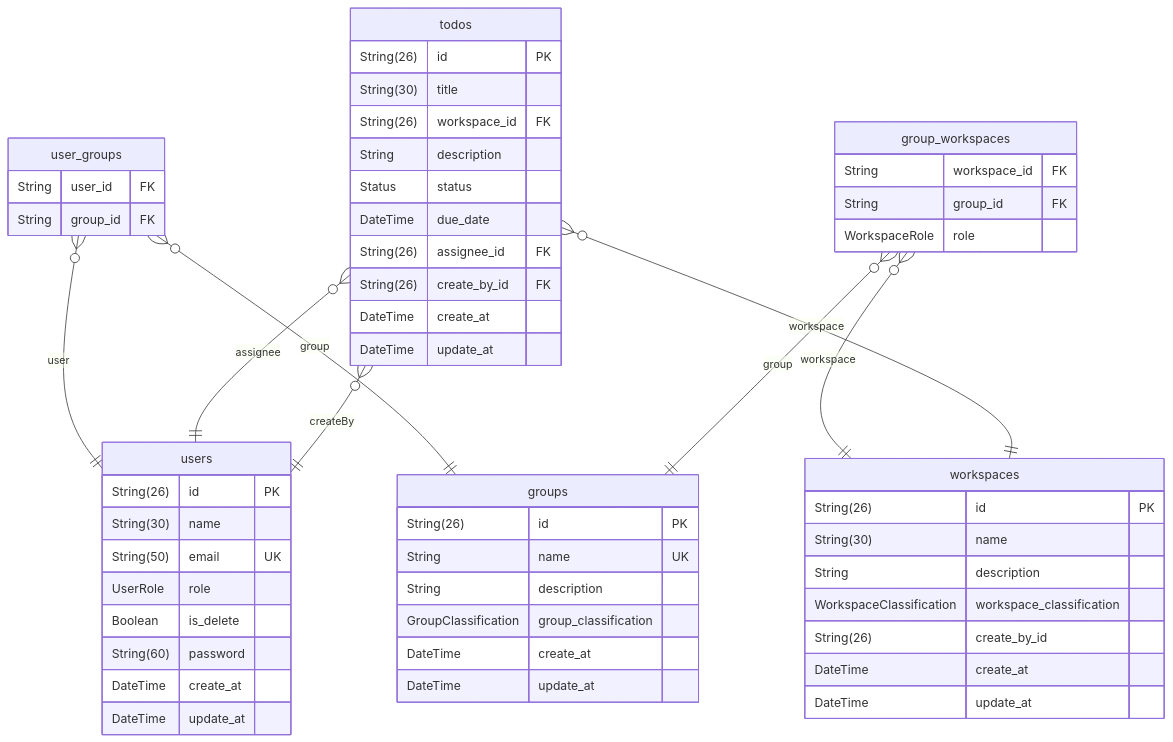
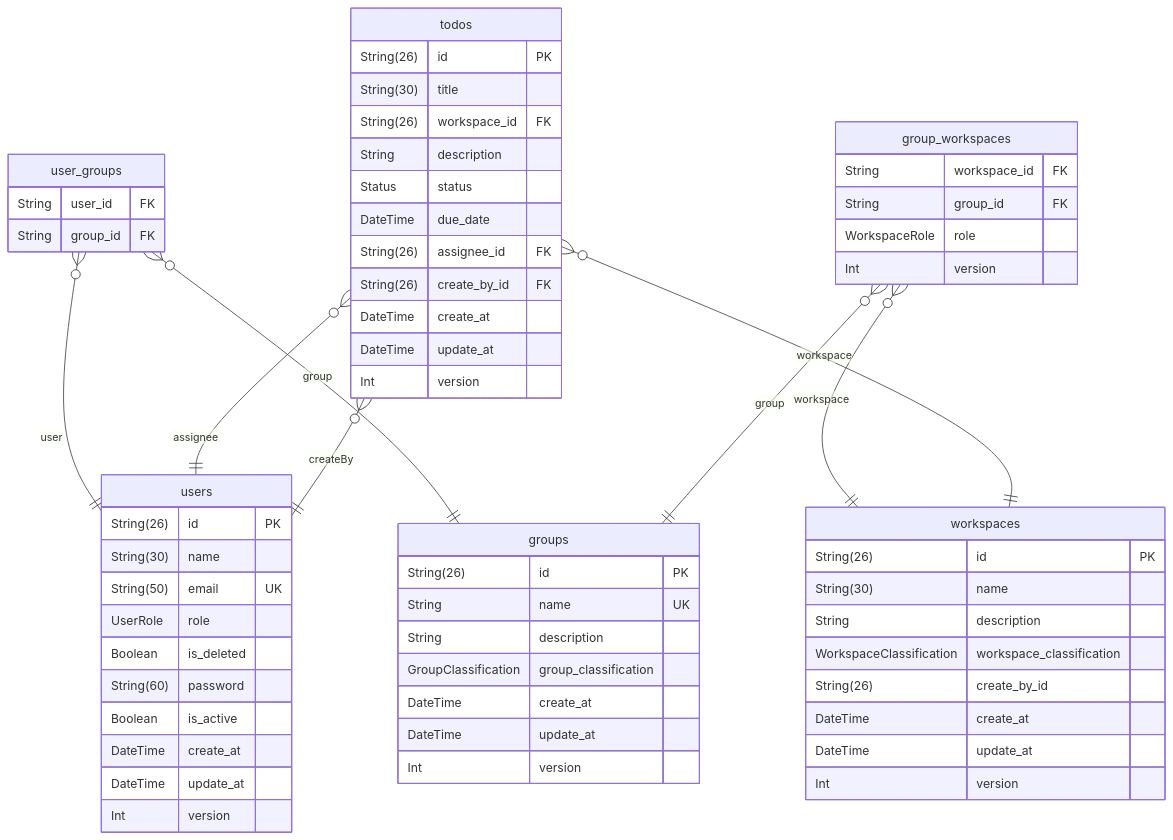
One commit to gaga1073/todo-angular-nestjs changed the diagram in todo-nestjs-10/prisma/ERD.md. Above: the diagram before and after it, drawn with Mermaid. The commit also changed other lines of this file and 137 other files, not shown here.

````diff
--- a/todo-nestjs-10/prisma/ERD.md
+++ b/todo-nestjs-10/prisma/ERD.md
@@ -9,58 +9,64 @@
 ```mermaid
 erDiagram
 "users" {
   String(26) id PK
   String(30) name
   String(50) email UK
   UserRole role
-  Boolean is_delete
+  Boolean is_deleted
   String(60) password
+  Boolean is_active
   DateTime create_at
   DateTime update_at
+  Int version
 }
 "groups" {
   String(26) id PK
   String name UK
   String description
   GroupClassification group_classification
   DateTime create_at
   DateTime update_at
+  Int version
 }
 "user_groups" {
   String user_id FK
   String group_id FK
 }
 "group_workspaces" {
   String workspace_id FK
   String group_id FK
   WorkspaceRole role
+  Int version
 }
 "workspaces" {
   String(26) id PK
   String(30) name
   String description
   WorkspaceClassification workspace_classification
   String(26) create_by_id
   DateTime create_at
   DateTime update_at
+  Int version
 }
 "todos" {
   String(26) id PK
   String(30) title
   String(26) workspace_id FK
   String description
   Status status
   DateTime due_date
   String(26) assignee_id FK
   String(26) create_by_id FK
   DateTime create_at
   DateTime update_at
+  Int version
 }
 "user_groups" }o--|| "users" : user
 "user_groups" }o--|| "groups" : group
 "group_workspaces" }o--|| "workspaces" : workspace
 "group_workspaces" }o--|| "groups" : group
 "todos" }o--|| "workspaces" : workspace
 "todos" }o--|| "users" : assignee
 "todos" }o--|| "users" : createBy
 ```
````
